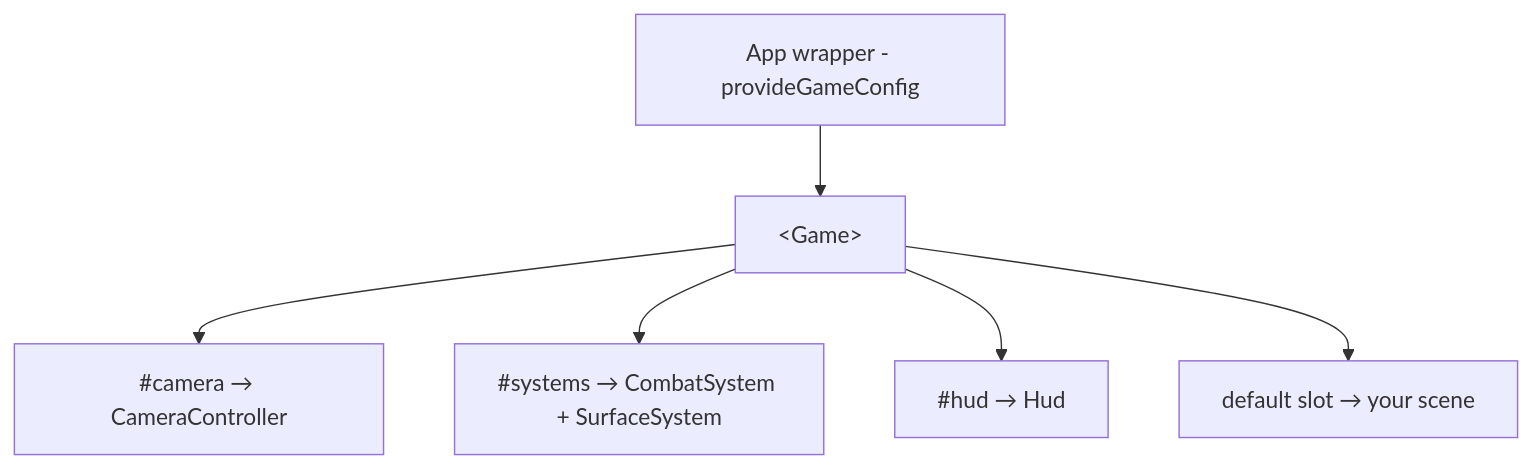
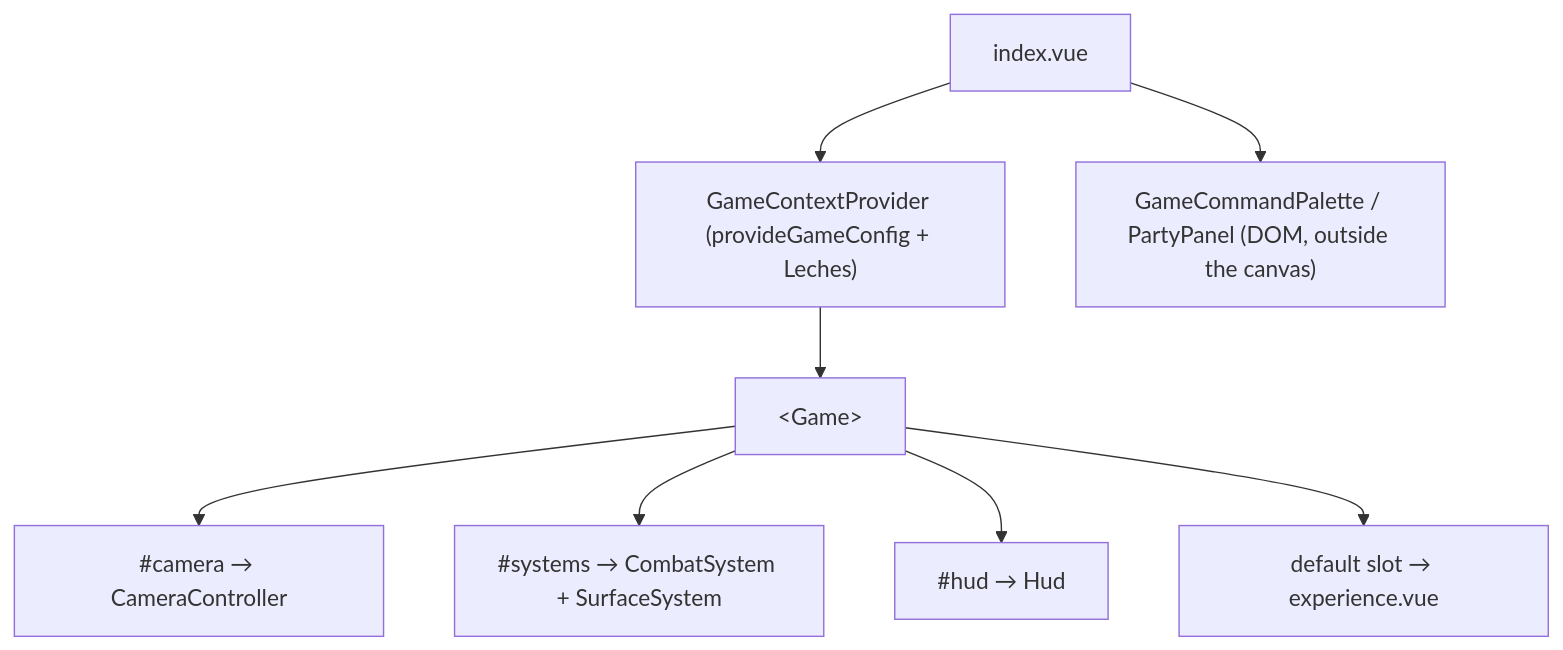
Before and after one commit to alvarosabu/artificer-forge: the diagram in apps/grimoire/content/01.getting-started/3.quick-start.md, drawn with Mermaid. The commit also changed other lines of this file and 157 other files, not shown here.

````diff
--- a/apps/grimoire/content/01.getting-started/3.quick-start.md
+++ b/apps/grimoire/content/01.getting-started/3.quick-start.md
@@ -10,8 +10,10 @@
 ```mermaid
 flowchart TD
-  wrap[App wrapper - provideGameConfig] --> game["&lt;Game&gt;"]
+  idx["index.vue"] --> gcp["GameContextProvider (provideGameConfig + Leches)"]
+  idx --> pal["GameCommandPalette / PartyPanel (DOM, outside the canvas)"]
+  gcp --> game["&lt;Game&gt;"]
   game --> cam["#camera → CameraController"]
   game --> sys["#systems → CombatSystem + SurfaceSystem"]
   game --> hud["#hud → Hud"]
-  game --> scene[default slot → your scene]
+  game --> exp["default slot → experience.vue"]
 ```
````
